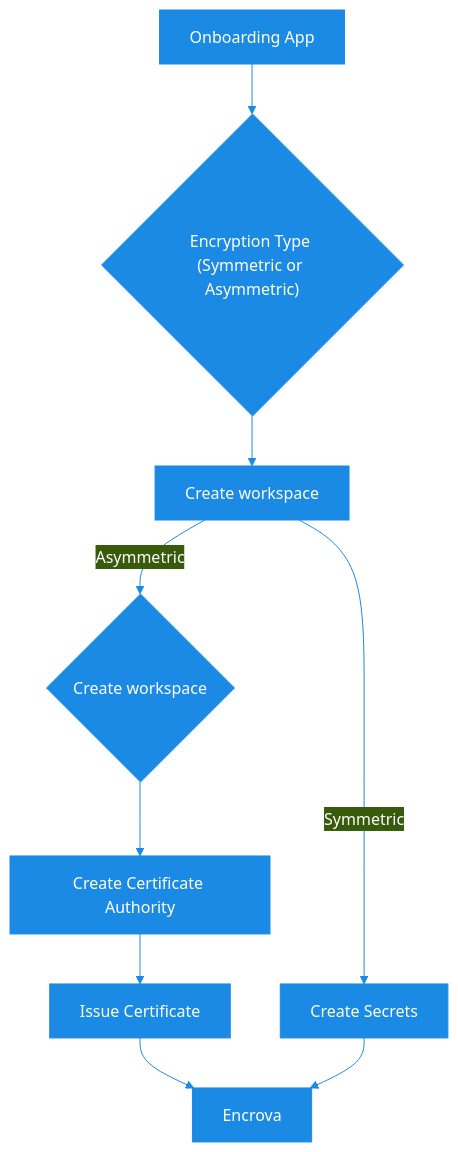
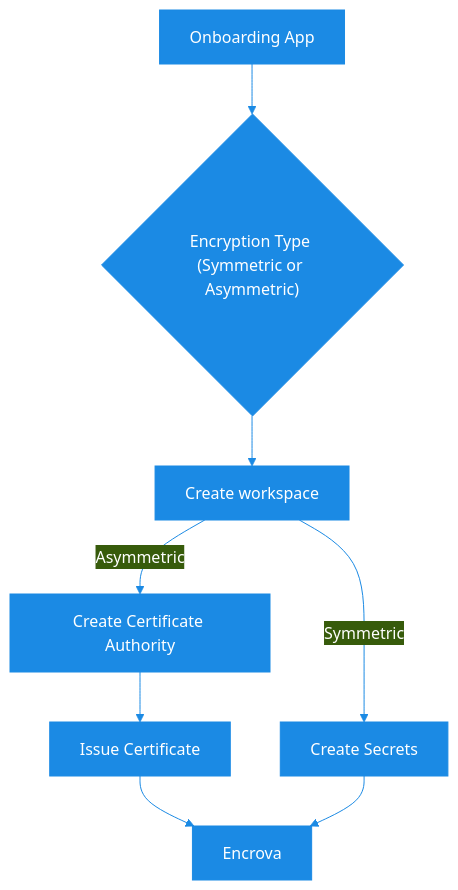
The first of 2 diagrams in api-reference/overview/workflow.mdx (SumitPugalia/docs), drawn with Mermaid before and after one commit. The commit also changed other lines of this file and 2 other files, not shown here.

````diff
--- a/api-reference/overview/workflow.mdx
+++ b/api-reference/overview/workflow.mdx
@@ -31,25 +31,24 @@
 ```mermaid
 %%{
     init: {
     'theme': 'base',
     'themeVariables': {
     'primaryColor': '#1b8ae4',
     'primaryTextColor': '#fff',
     'primaryBorderColor': '#1b8ae4',
     'lineColor': '#1b8ae4',
     'tertiaryColor': '#fff',
     'darkMode' : 'true'
 }
 }
 }%%
 flowchart TD
 B["Onboarding App"] --> C{"Encryption Type (Symmetric or Asymmetric)"}
 C  --> D["Create workspace"]
-D -- Asymmetric--> E{"Create workspace"}
 D -- Symmetric--> F["Create Secrets"]
-E --> G["Create Certificate Authority"]
+D-- Asymmetric--> G["Create Certificate Authority"]
 G --> H["Issue Certificate"]
 H--> I["Encrova"]
 F --> I
 
 ```
````
